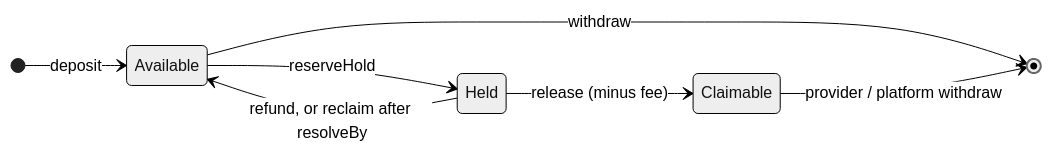
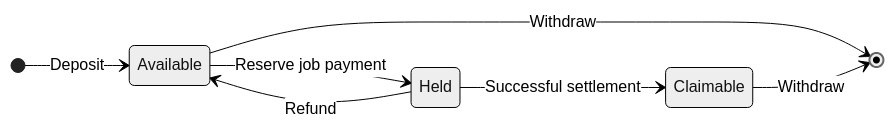
Before and after one commit to 2giosangmitom/payvoke: the second of 3 diagrams in README.md, drawn with Mermaid (neutral theme). The commit also changed other lines of this file, not shown here.

````diff
--- a/README.md
+++ b/README.md
@@ -37,10 +135,10 @@
 ```mermaid
 stateDiagram-v2
     direction LR
-    [*] --> Available: deposit
-    Available --> Held: reserveHold
-    Held --> Claimable: release (minus fee)
-    Held --> Available: refund, or reclaim after resolveBy
-    Available --> [*]: withdraw
-    Claimable --> [*]: provider / platform withdraw
+    [*] --> Available: Deposit
+    Available --> Held: Reserve job payment
+    Held --> Claimable: Successful settlement
+    Held --> Available: Refund
+    Available --> [*]: Withdraw
+    Claimable --> [*]: Withdraw
 ```
````
